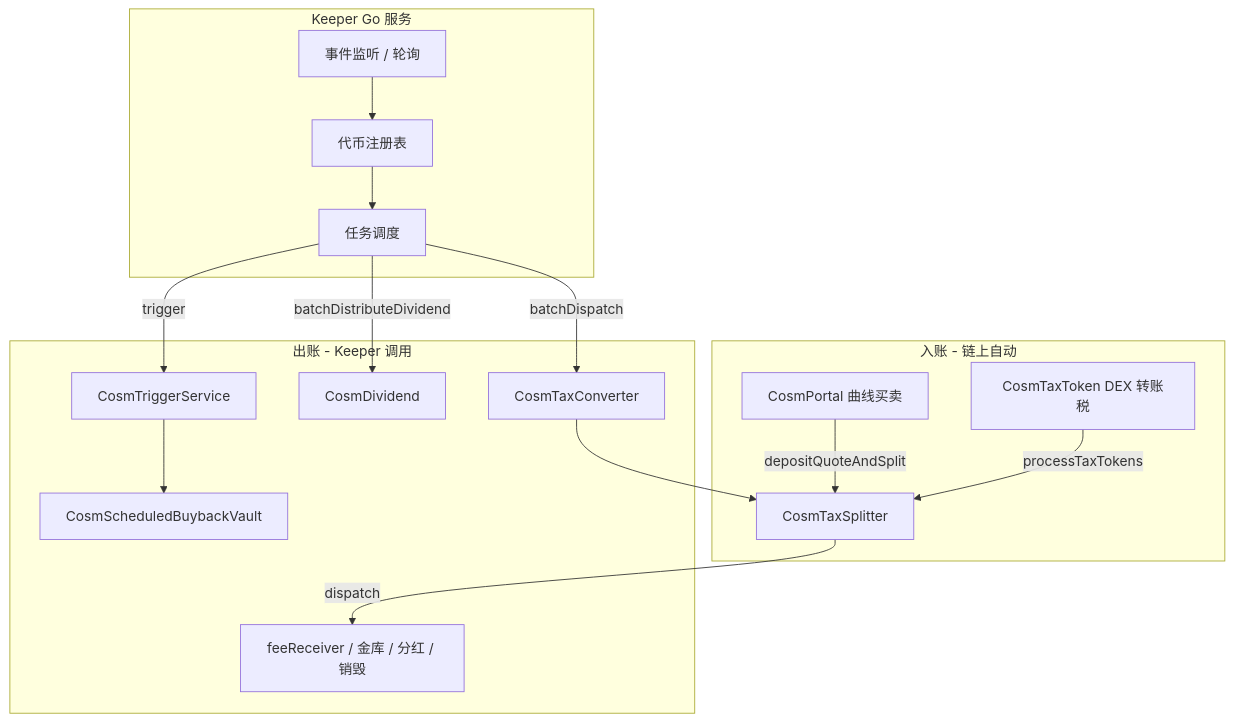
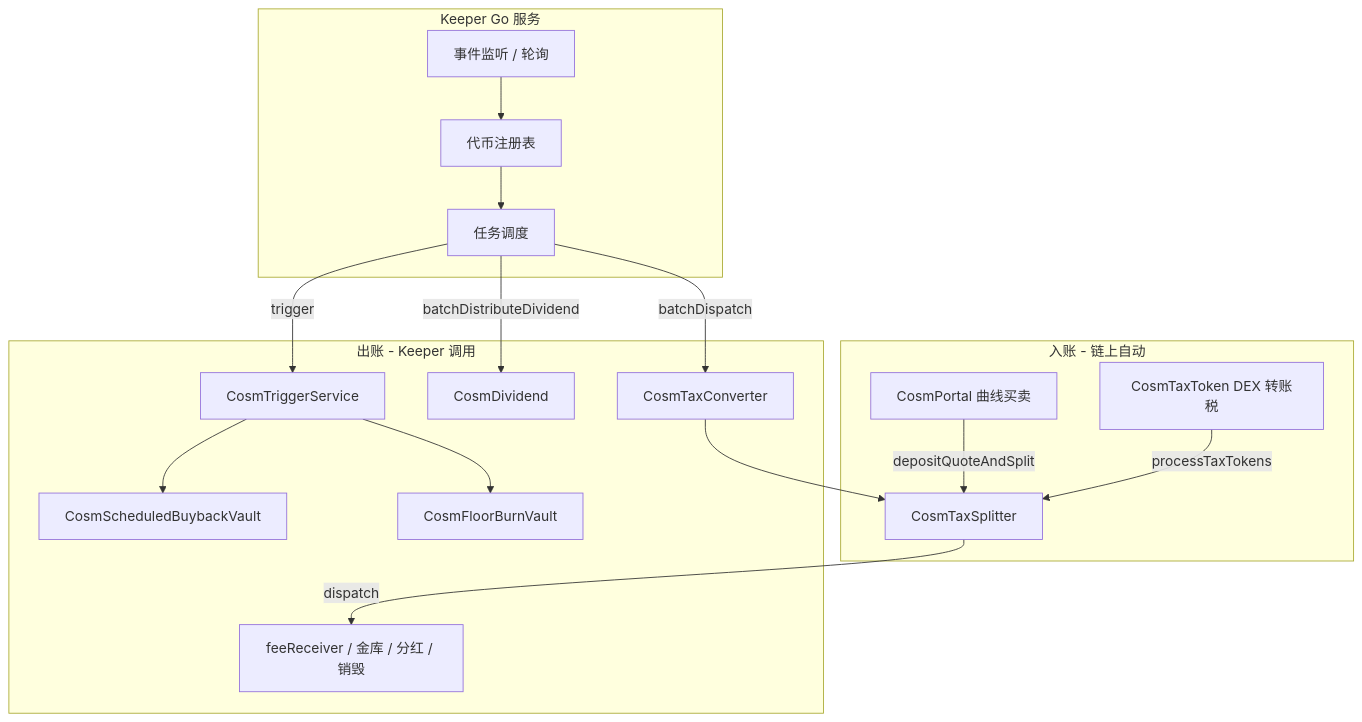
The first of 2 diagrams in cosm/keeper.md (ExileHaley/funs), drawn with Mermaid before and after one commit. The commit also changed other lines of this file, not shown here.

````diff
--- a/cosm/keeper.md
+++ b/cosm/keeper.md
@@ -27,27 +27,28 @@
 ```mermaid
 flowchart TB
     subgraph ingest [入账 - 链上自动]
         Portal[CosmPortal 曲线买卖]
         TaxToken[CosmTaxToken DEX 转账税]
         Portal -->|depositQuoteAndSplit| TS[CosmTaxSplitter]
         TaxToken -->|processTaxTokens| TS
     end
 
     subgraph keeper [Keeper Go 服务]
         Registry[代币注册表]
         Watcher[事件监听 / 轮询]
         Scheduler[任务调度]
         Registry --> Scheduler
         Watcher --> Registry
     end
 
     subgraph exec [出账 - Keeper 调用]
         Converter[CosmTaxConverter]
         TS -->|dispatch| Payout[feeReceiver / 金库 / 分红 / 销毁]
         Scheduler -->|batchDispatch| Converter
         Converter --> TS
         Scheduler -->|batchDistributeDividend| Div[CosmDividend]
         Scheduler -->|trigger| Trigger[CosmTriggerService]
         Trigger --> BuybackVault[CosmScheduledBuybackVault]
+        Trigger --> FloorBurnVault[CosmFloorBurnVault]
     end
 ```
````
